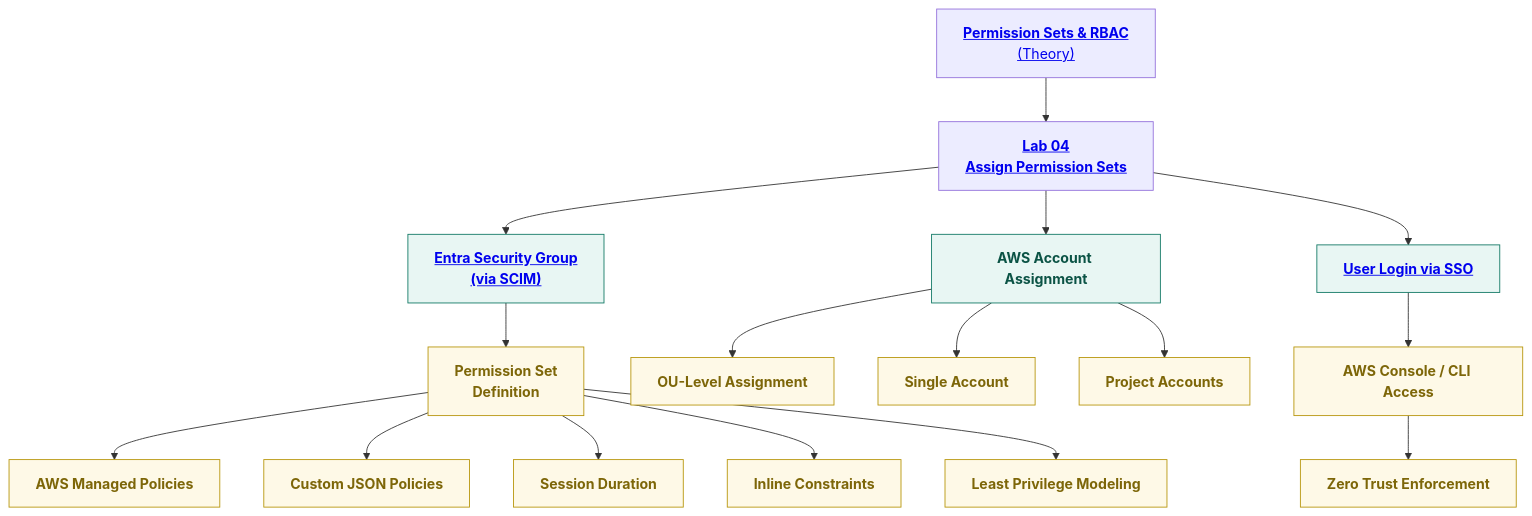
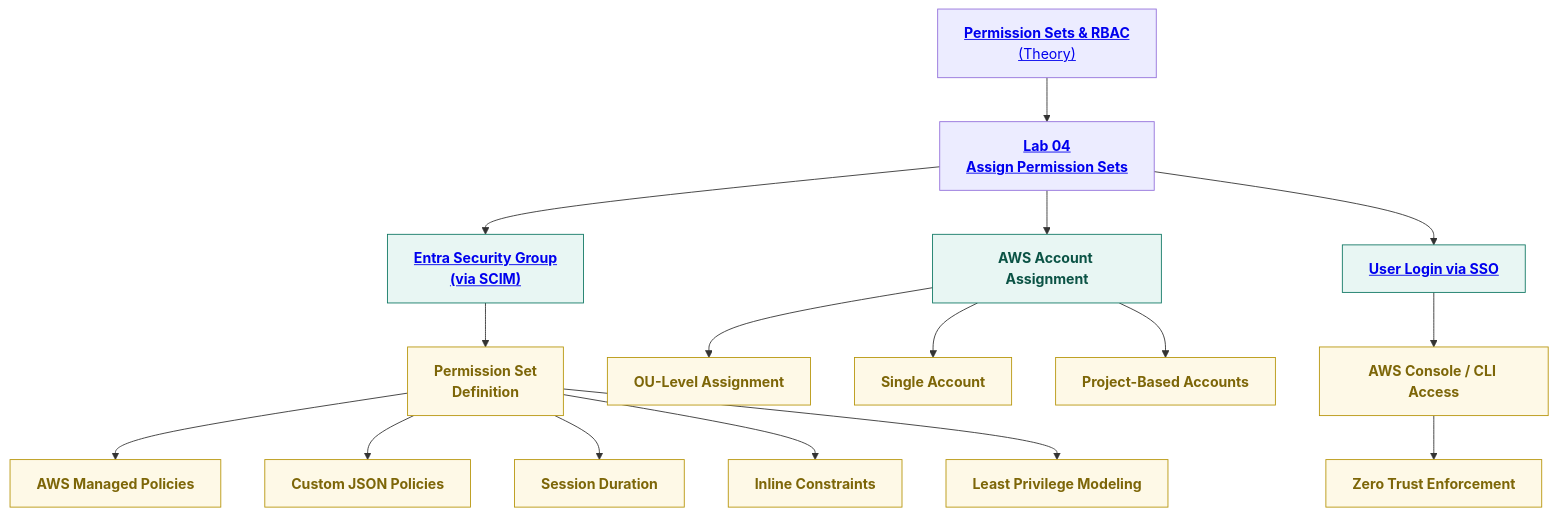
Before and after one commit to S3curethecloud/multi-cloud-Identity-aws-entra: the diagram in labs/04-permission-sets.md, drawn with Mermaid. The commit also changed other lines of this file, not shown here.

````diff
--- a/labs/04-permission-sets.md
+++ b/labs/04-permission-sets.md
@@ -46,27 +37,31 @@
 ```mermaid
 flowchart TD
 
-A["<a href='../theory/06-permission-sets-rbac.md'><b>Permission Sets & RBAC</b><br/>(Theory)</a>"]
-  --> B["<a href='../labs/04-permission-sets.md'><b>Lab 04<br/>Assign Permission Sets</b></a>"]
+%% ROOT
+A["<a href='../theory/06-permission-sets-rbac.md'><b>Permission Sets & RBAC</b><br/>(Theory)</a>"] --> B["<a href='../labs/04-permission-sets.md'><b>Lab 04<br/>Assign Permission Sets</b></a>"]
 
+%% GROUP → PERMISSION SET
 B --> C1["<a href='../labs/03-scim-provisioning.md'><b>Entra Security Group<br/>(via SCIM)</b></a>"]:::step
 C1 --> C2["<b>Permission Set<br/>Definition</b>"]:::item
 
+%% PERMISSION SET DETAILS
 C2 --> P1["<b>AWS Managed Policies</b>"]:::item
 C2 --> P2["<b>Custom JSON Policies</b>"]:::item
 C2 --> P3["<b>Session Duration</b>"]:::item
 C2 --> P4["<b>Inline Constraints</b>"]:::item
 C2 --> P5["<b>Least Privilege Modeling</b>"]:::item
 
+%% ACCOUNT ASSIGNMENT
 B --> D1["<b>AWS Account Assignment</b>"]:::step
 D1 --> D2["<b>OU-Level Assignment</b>"]:::item
 D1 --> D3["<b>Single Account</b>"]:::item
-D1 --> D4["<b>Project Accounts</b>"]:::item
+D1 --> D4["<b>Project-Based Accounts</b>"]:::item
 
+%% LOGIN
 B --> E1["<a href='../labs/01-aws-identity-center.md'><b>User Login via SSO</b></a>"]:::step
 E1 --> E2["<b>AWS Console / CLI Access</b>"]:::item
 E2 --> E3["<b>Zero Trust Enforcement</b>"]:::item
 
 classDef step fill:#E8F6F3,stroke:#117864,color:#0B5345,font-weight:bold;
 classDef item fill:#FEF9E7,stroke:#B7950B,color:#7D6608;
 ```
````
